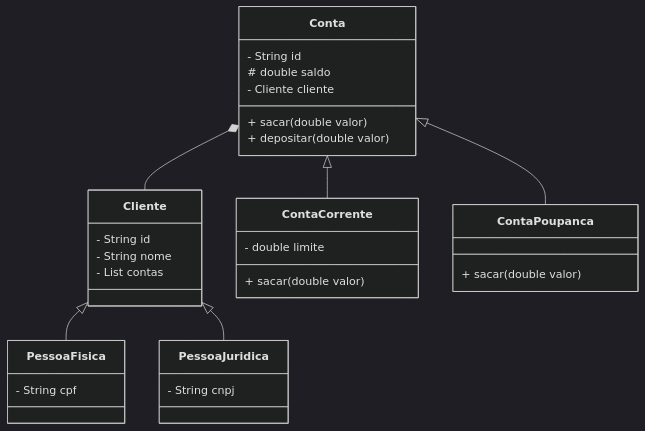
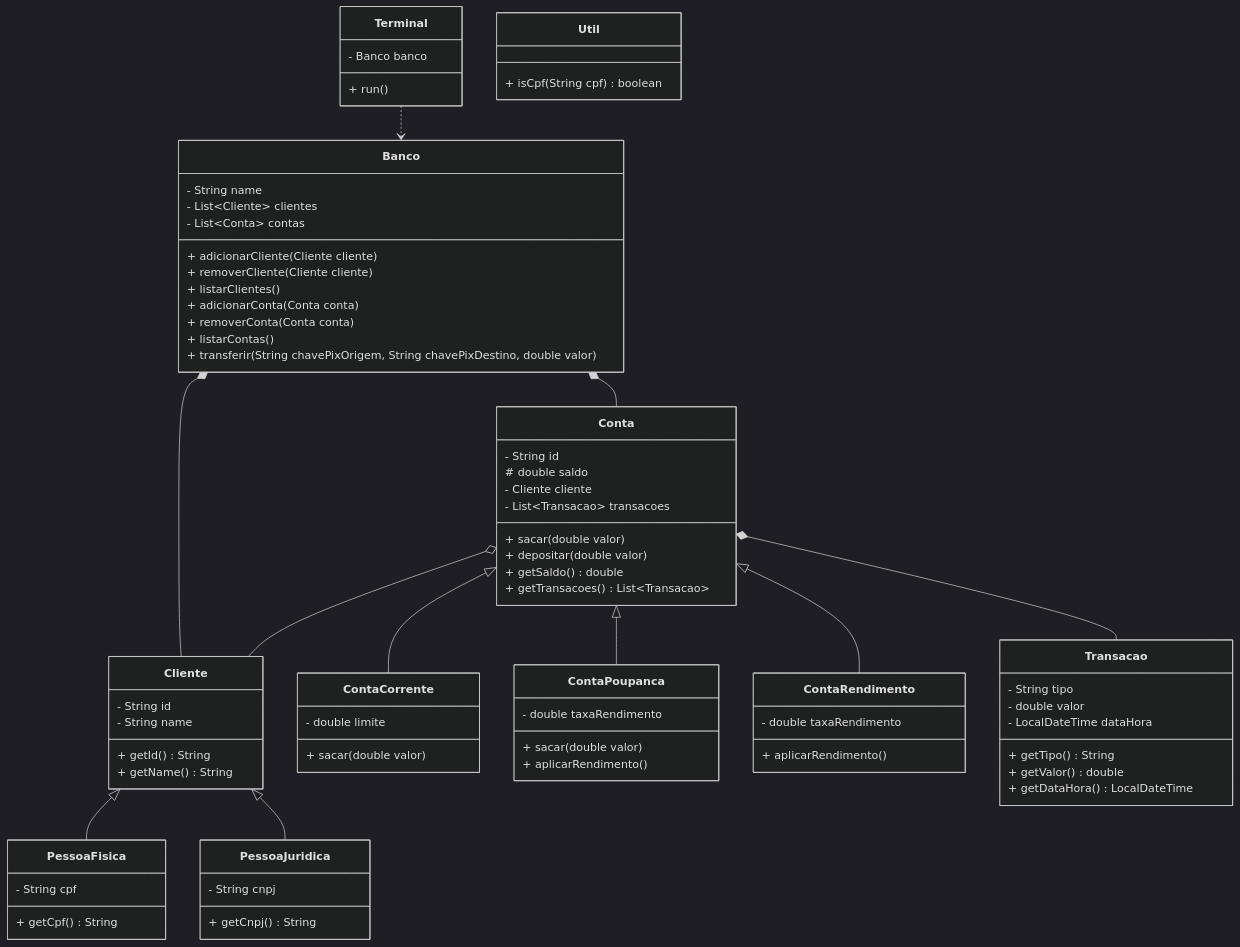
Before and after one commit to ghostespm/Bank_ESPM: the diagram in README.md, drawn with Mermaid (dark theme).

````diff
--- a/README.md
+++ b/README.md
@@ -40,33 +40,88 @@
 ``` mermaid
 classDiagram
+    class Banco {
+        - String name
+        - List~Cliente~ clientes
+        - List~Conta~ contas
+        + adicionarCliente(Cliente cliente)
+        + removerCliente(Cliente cliente)
+        + listarClientes()
+        + adicionarConta(Conta conta)
+        + removerConta(Conta conta)
+        + listarContas()
+        + transferir(String chavePixOrigem, String chavePixDestino, double valor)
+    }
+
+    class Cliente {
+        - String id
+        - String name
+        + getId() String
+        + getName() String
+    }
+
+    class PessoaFisica {
+        - String cpf
+        + getCpf() String
+    }
+
+    class PessoaJuridica {
+        - String cnpj
+        + getCnpj() String
+    }
+
     class Conta {
         - String id
         # double saldo
         - Cliente cliente
+        - List~Transacao~ transacoes
         + sacar(double valor)
         + depositar(double valor)
+        + getSaldo() double
+        + getTransacoes() List~Transacao~
     }
-    class Cliente {
-        - String id
-        - String nome
-        - List<Conta> contas
-    }
-    class PessoaFisica {
-        - String cpf
-    }
-    class PessoaJuridica {
-        - String cnpj
-    }
+
     class ContaCorrente {
         - double limite
         + sacar(double valor)
     }
+
     class ContaPoupanca {
+        - double taxaRendimento
         + sacar(double valor)
+        + aplicarRendimento()
     }
-    Conta *-- Cliente
+
+    class ContaRendimento {
+        - double taxaRendimento
+        + aplicarRendimento()
+    }
+
+    class Transacao {
+        - String tipo
+        - double valor
+        - LocalDateTime dataHora
+        + getTipo() String
+        + getValor() double
+        + getDataHora() LocalDateTime
+    }
+
+    class Terminal {
+        - Banco banco
+        + run()
+    }
+
+    class Util {
+        + isCpf(String cpf) boolean
+    }
+
+    Banco *-- Cliente
+    Banco *-- Conta
+    Cliente <|-- PessoaFisica
+    Cliente <|-- PessoaJuridica
+    Conta o-- Cliente
     Conta <|-- ContaCorrente
     Conta <|-- ContaPoupanca
-    Cliente <|-- PessoaFisica
-    Cliente <|-- PessoaJuridica
+    Conta <|-- ContaRendimento
+    Conta *-- Transacao
+    Terminal ..> Banco
 ```
````
